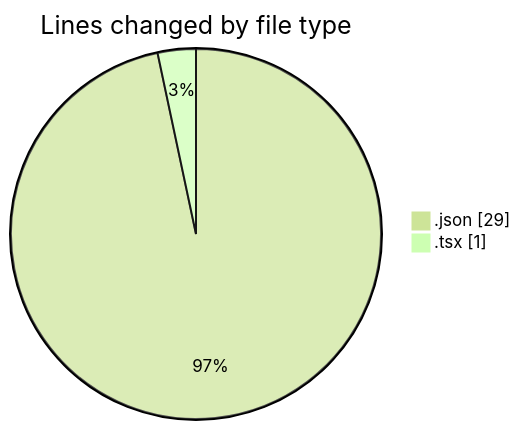
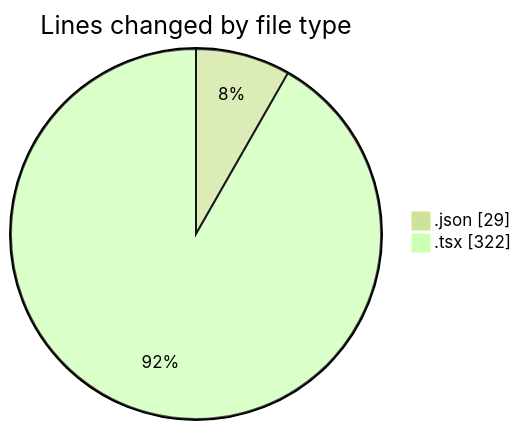
The first of 2 diagrams in 2025-01-03/nextjs-webllm/README.md (ernivani/code-tracking), drawn with Mermaid (forest theme) before and after one commit. The commit also changed other lines of this file and 5 other files, not shown here.

````diff
--- a/2025-01-03/nextjs-webllm/README.md
+++ b/2025-01-03/nextjs-webllm/README.md
@@ -21,6 +22,6 @@
 ```mermaid
 pie showData
 title Lines changed by file type
 ".json" : 29
-".tsx" : 1
+".tsx" : 322
 ```
````
